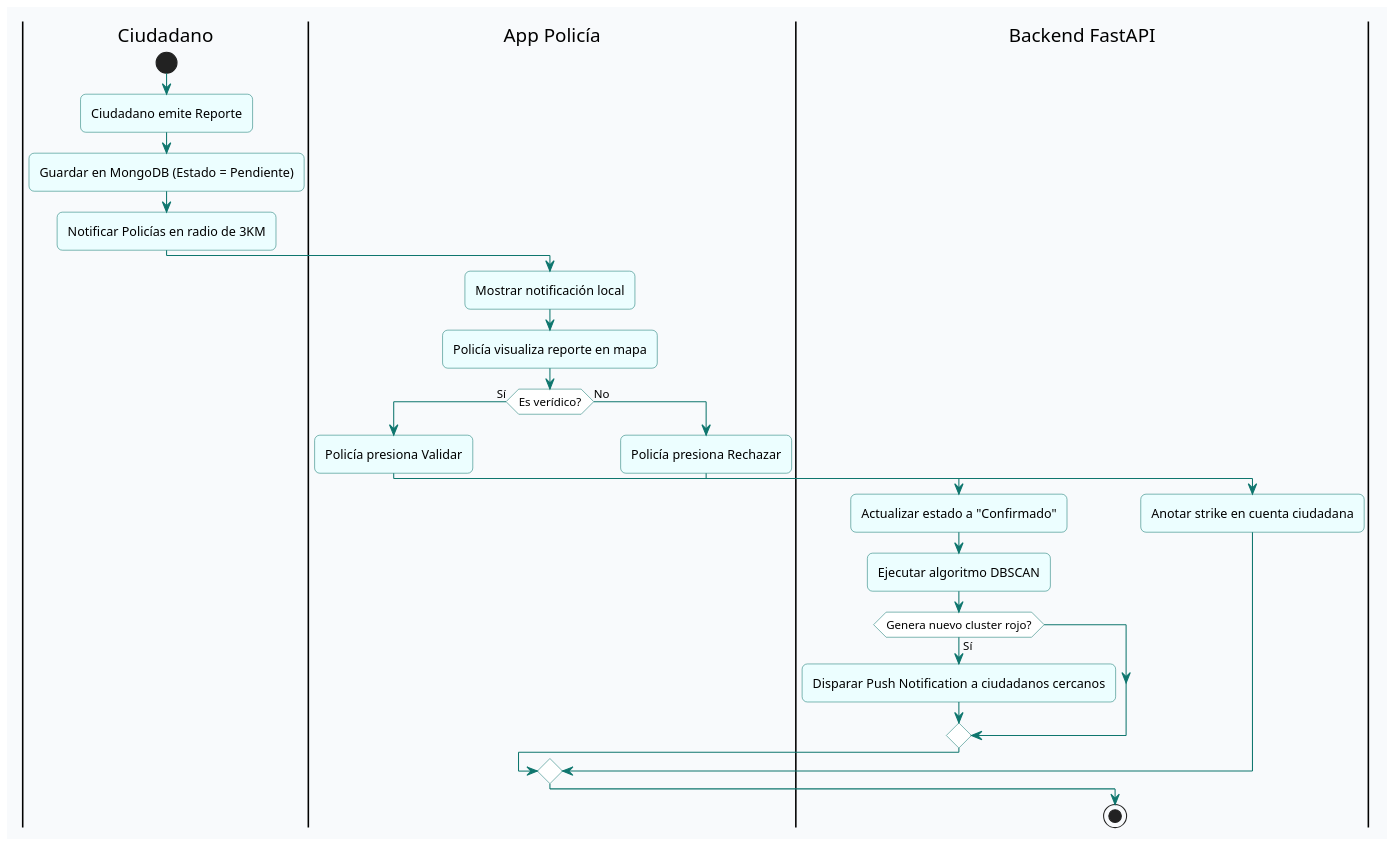
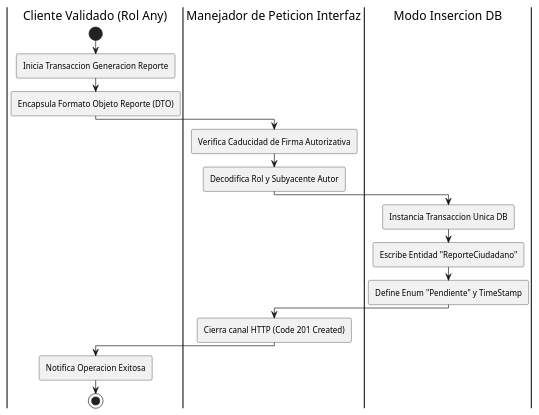
The sixth of 8 diagrams in docs/FD03-EPIS-Informe SRS de Proyecto.md (pieroalexanderppc/sgeo_pp), drawn with PlantUML before and after one commit. The commit also changed other lines of this file and 1 other file, not shown here.

````diff
--- a/docs/FD03-EPIS-Informe SRS de Proyecto.md
+++ b/docs/FD03-EPIS-Informe SRS de Proyecto.md
@@ -352,39 +458,23 @@
 ```plantuml
 @startuml
 skinparam shadowing false
-skinparam roundcorner 10
-skinparam dpi 150
-skinparam defaultFontName Segoe UI
-skinparam backgroundColor #F8FAFC
-skinparam ArrowColor #0F766E
-skinparam ActivityBackgroundColor #ECFEFF
-skinparam ActivityBorderColor #0F766E
-skinparam ActivityDiamondBackgroundColor #FFFFFF
-skinparam ActivityDiamondBorderColor #0F766E
+skinparam roundcorner 5
 
-|Ciudadano|
+|Cliente Validado (Rol Any)|
 start
-:Ciudadano emite Reporte;
-:Guardar en MongoDB (Estado = Pendiente);
-:Notificar Policías en radio de 3KM;
-|App Policía|
-:Mostrar notificación local;
-:Policía visualiza reporte en mapa;
-if (Es verídico?) then (Sí)
-  :Policía presiona Validar;
-  |Backend FastAPI|
-  :Actualizar estado a "Confirmado";
-  :Ejecutar algoritmo DBSCAN;
-  if (Genera nuevo cluster rojo?) then (Sí)
-    :Disparar Push Notification a ciudadanos cercanos;
-
-  endif
-else (No)
-  |App Policía|
-  :Policía presiona Rechazar;
-  |Backend FastAPI|
-  :Anotar strike en cuenta ciudadana;
-endif
+:Inicia Transaccion Generacion Reporte;
+:Encapsula Formato Objeto Reporte (DTO);
+|Manejador de Peticion Interfaz|
+:Verifica Caducidad de Firma Autorizativa;
+:Decodifica Rol y Subyacente Autor;
+|Modo Insercion DB|
+:Instancia Transaccion Unica DB;
+:Escribe Entidad "ReporteCiudadano";
+:Define Enum "Pendiente" y TimeStamp;
+|Manejador de Peticion Interfaz|
+:Cierra canal HTTP (Code 201 Created);
+|Cliente Validado (Rol Any)|
+:Notifica Operacion Exitosa;
 stop
 @enduml
 ```
````
